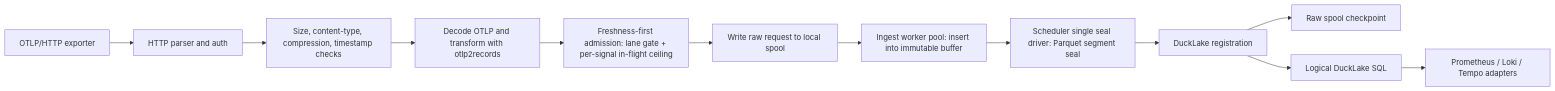
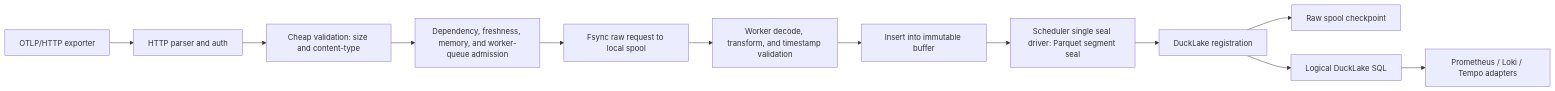
One commit to smithclay/canardstack changed the diagram in docs/architecture/v0-architecture.md. Above: the diagram before and after it, drawn with Mermaid. The commit also changed other lines of this file and 15 other files, not shown here.

Commit message:
fix(ingest): tighten raw spool acceptance boundary

````diff
--- a/docs/architecture/v0-architecture.md
+++ b/docs/architecture/v0-architecture.md
@@ -44,14 +44,14 @@
 ```mermaid
 flowchart LR
   A["OTLP/HTTP exporter"] --> B["HTTP parser and auth"]
-  B --> C["Size, content-type, compression, timestamp checks"]
-  C --> D["Decode OTLP and transform with otlp2records"]
-  D --> E["Freshness-first admission: lane gate + per-signal in-flight ceiling"]
-  E --> F["Write raw request to local spool"]
-  F --> G["Ingest worker pool: insert into immutable buffer"]
+  B --> C["Cheap validation: size and content-type"]
+  C --> D["Dependency, freshness, memory, and worker-queue admission"]
+  D --> E["Fsync raw request to local spool"]
+  E --> F["Worker decode, transform, and timestamp validation"]
+  F --> G["Insert into immutable buffer"]
   G --> H["Scheduler single seal driver: Parquet segment seal"]
   H --> I["DuckLake registration"]
   I --> J["Raw spool checkpoint"]
   I --> K["Logical DuckLake SQL"]
   K --> L["Prometheus / Loki / Tempo adapters"]
 ```
````
